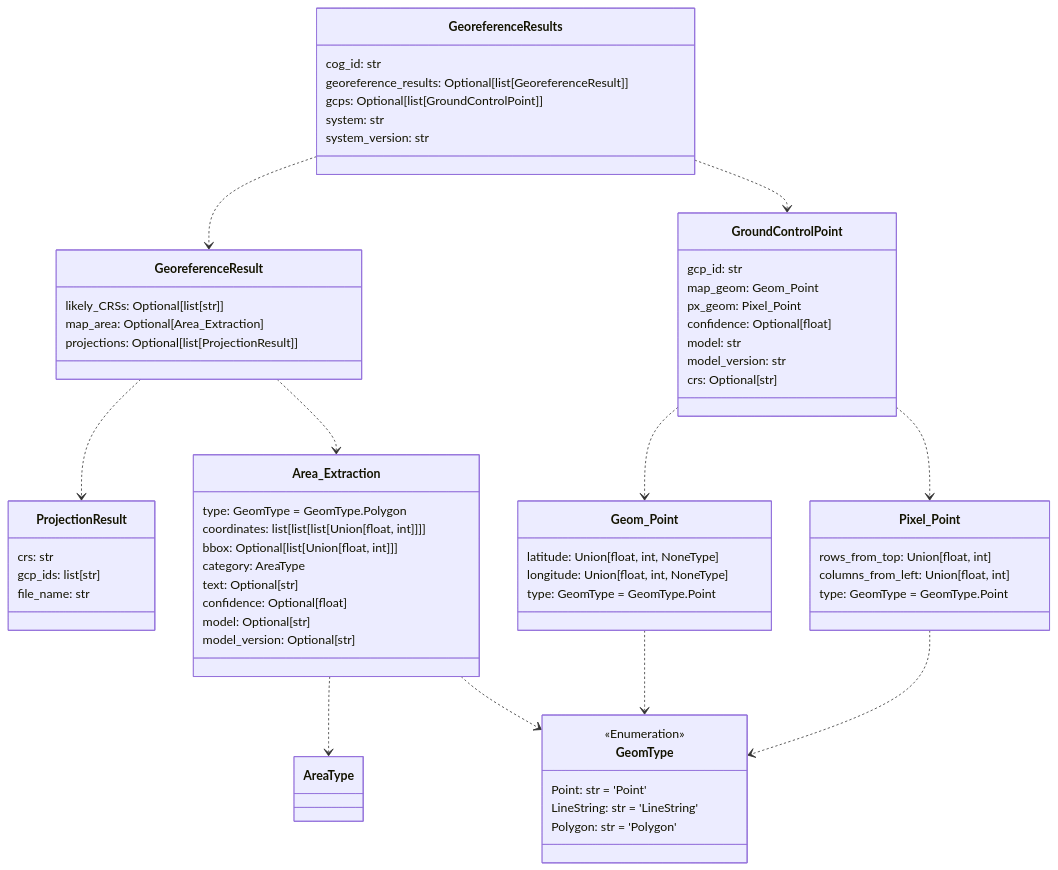
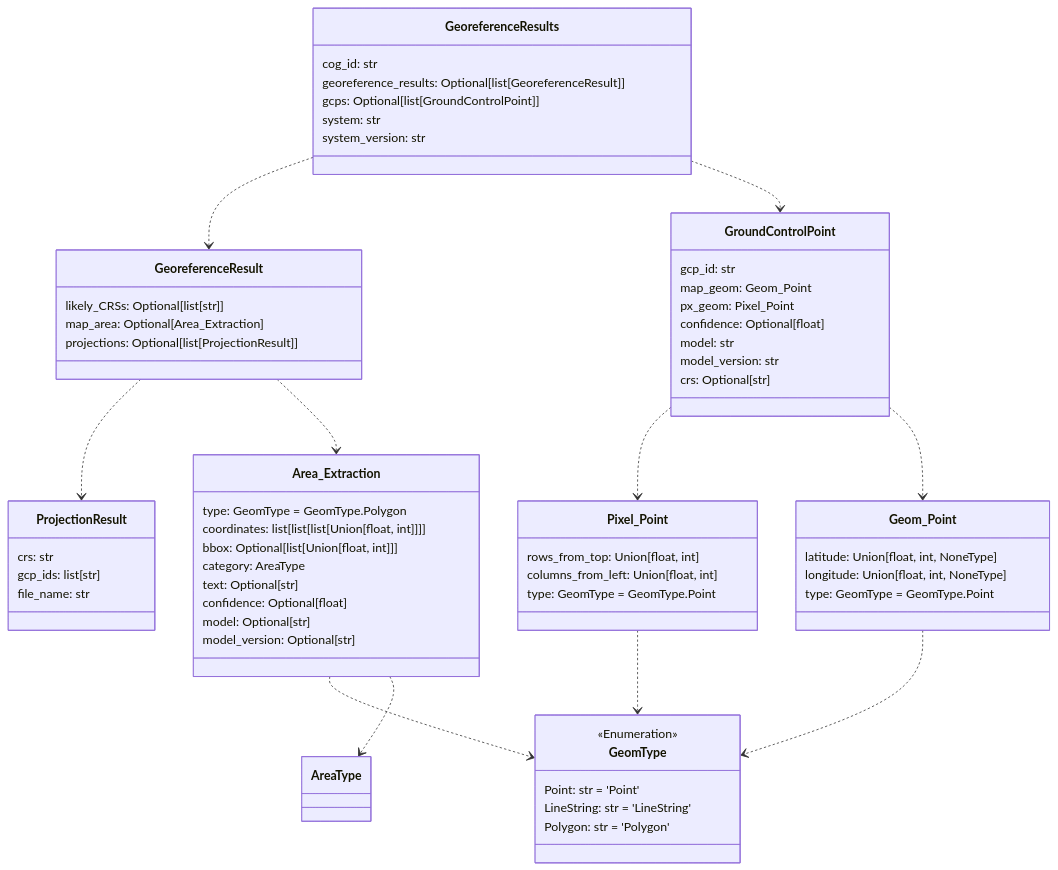
Before and after one commit to DARPA-CRITICALMAAS/cdr_schemas: the second of 12 diagrams in README.md, drawn with Mermaid. The commit also changed other lines of this file, not shown here.

````diff
--- a/README.md
+++ b/README.md
@@ -113,76 +113,76 @@
 ```mermaid
 classDiagram
+
+    class ProjectionResult {
+        crs: str
+        gcp_ids: list[str]
+        file_name: str
+    }
+
+    class GeoreferenceResults {
+        cog_id: str
+        georeference_results: Optional[list[GeoreferenceResult]]
+        gcps: Optional[list[GroundControlPoint]]
+        system: str
+        system_version: str
+    }
+
+    class GeoreferenceResult {
+        likely_CRSs: Optional[list[str]]
+        map_area: Optional[Area_Extraction]
+        projections: Optional[list[ProjectionResult]]
+    }
+
+    class Geom_Point {
+        latitude: Union[float, int, NoneType]
+        longitude: Union[float, int, NoneType]
+        type: GeomType = GeomType.Point
+    }
 
     class GroundControlPoint {
         gcp_id: str
         map_geom: Geom_Point
         px_geom: Pixel_Point
         confidence: Optional[float]
         model: str
         model_version: str
         crs: Optional[str]
     }
 
-    class ProjectionResult {
-        crs: str
-        gcp_ids: list[str]
-        file_name: str
-    }
-
-    class GeoreferenceResult {
-        likely_CRSs: Optional[list[str]]
-        map_area: Optional[Area_Extraction]
-        projections: Optional[list[ProjectionResult]]
-    }
-
     class Pixel_Point {
         rows_from_top: Union[float, int]
         columns_from_left: Union[float, int]
         type: GeomType = GeomType.Point
+    }
+
+    class GeomType {
+        <<Enumeration>>
+        Point: str = 'Point'
+        LineString: str = 'LineString'
+        Polygon: str = 'Polygon'
     }
 
     class Area_Extraction {
         type: GeomType = GeomType.Polygon
         coordinates: list[list[list[Union[float, int]]]]
         bbox: Optional[list[Union[float, int]]]
         category: AreaType
         text: Optional[str]
         confidence: Optional[float]
         model: Optional[str]
         model_version: Optional[str]
     }
 
-    class Geom_Point {
-        latitude: Union[float, int, NoneType]
-        longitude: Union[float, int, NoneType]
-        type: GeomType = GeomType.Point
-    }
-
-    class GeoreferenceResults {
-        cog_id: str
-        georeference_results: Optional[list[GeoreferenceResult]]
-        gcps: Optional[list[GroundControlPoint]]
-        system: str
-        system_version: str
-    }
-
-    class GeomType {
-        <<Enumeration>>
-        Point: str = 'Point'
-        LineString: str = 'LineString'
-        Polygon: str = 'Polygon'
-    }
-
+    Area_Extraction ..> GeomType
     Area_Extraction ..> AreaType
-    Area_Extraction ..> GeomType
     Geom_Point ..> GeomType
     Pixel_Point ..> GeomType
+    GroundControlPoint ..> Pixel_Point
     GroundControlPoint ..> Geom_Point
-    GroundControlPoint ..> Pixel_Point
     GeoreferenceResult ..> ProjectionResult
     GeoreferenceResult ..> Area_Extraction
+    GeoreferenceResults ..> GeoreferenceResult
     GeoreferenceResults ..> GroundControlPoint
-    GeoreferenceResults ..> GeoreferenceResult
 
 
 ```
````
